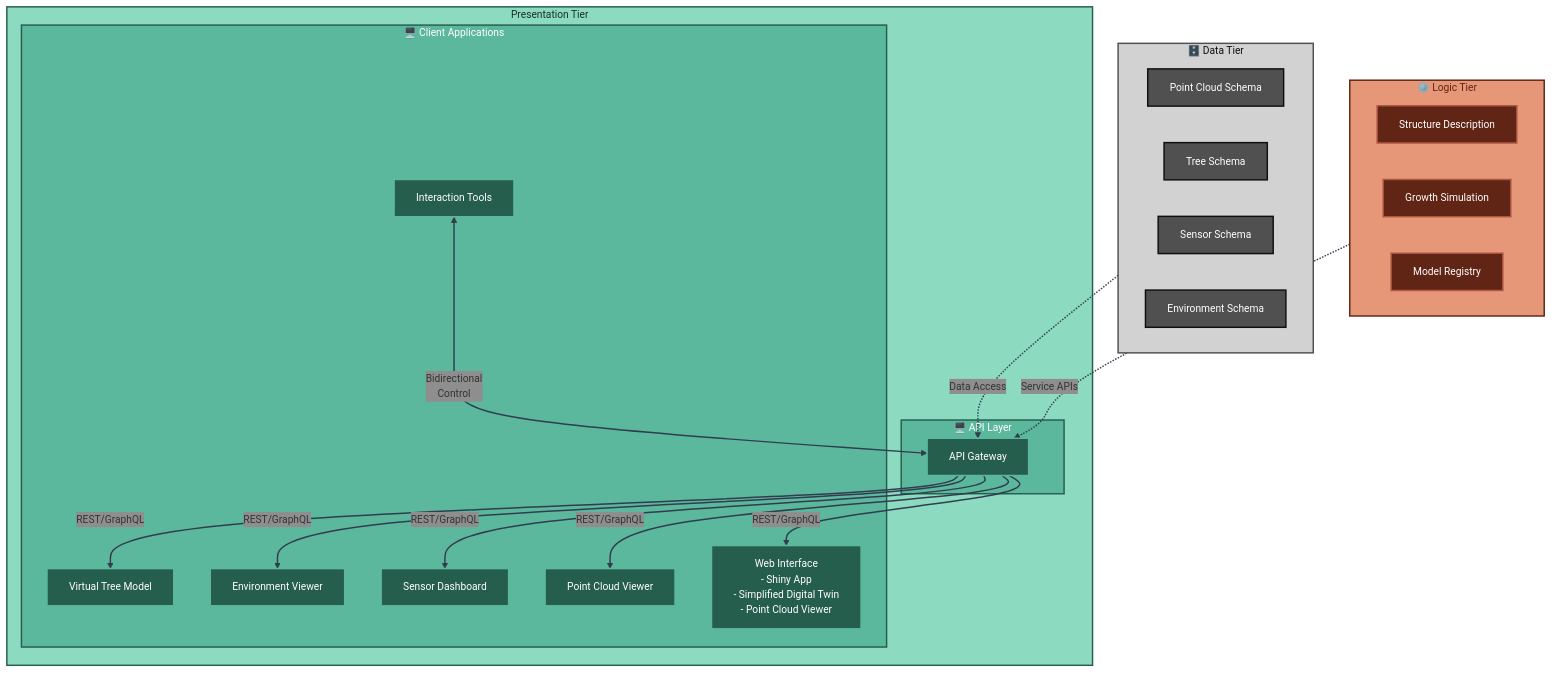
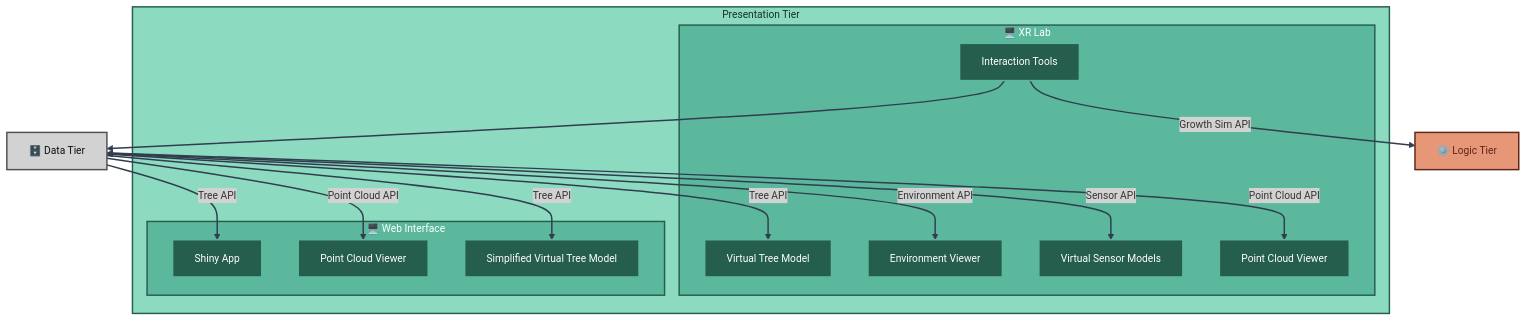
The fourth of 4 diagrams in docs/architecture/architecture.md (XRFutureForests/digital-twin-db), drawn with Mermaid before and after one commit. The commit also changed other lines of this file, not shown here.

Commit message:
simplifies architecture

````diff
--- a/docs/architecture/architecture.md
+++ b/docs/architecture/architecture.md
@@ -350,66 +200,61 @@
 ```mermaid
 %%{
 init: {
 'theme': 'base',
 'themeVariables': {
 'fontSize': '14px',
-'secondaryColor': '#8e8e8e'
+'secondaryColor': '#d2d2d2'
 }
 }
 }%%
-flowchart TB
-subgraph DATA_REF["🗄️ Data Tier"]
-SC1[Point Cloud Schema]
-SC2[Tree Schema]
-SC3[Sensor Schema]
-SC4[Environment Schema]
+flowchart TD
+
+DATA_REF["🗄️ Data Tier"]
+LOGIC_REF["⚙️ Logic Tier"]
+
+subgraph PRESENTATION_TIER["Presentation Tier"]
+
+subgraph XR["🖥️ XR Lab"]
+XR1[Virtual Tree Model]
+XR2[Environment Viewer]
+XR3[Virtual Sensor Models]
+XR4[Point Cloud Viewer]
+I1[Interaction Tools]
 end
 
-subgraph LOGIC_REF["⚙️ Logic Tier"]
-DT1[Structure Description]
-DT2[Growth Simulation]
-MR[Model Registry]
+subgraph WEB["🖥️ Web Interface"]
+W1[Shiny App]
+W2[Point Cloud Viewer]
+W3[Simplified Virtual Tree Model]
 end
 
-subgraph PRESENTATION_TIER["Presentation Tier"]
-subgraph GATEWAY["🖥️ API Layer"]
-APIGW[API Gateway]
 end
 
-subgraph CLIENTS["🖥️ Client Applications"]
-XR1[Virtual Tree Model]
-XR2[Environment Viewer]
-XR3[Sensor Dashboard]
-XR4[Point Cloud Viewer]
-W1[Web Interface<br>  - Shiny App<br>  - Simplified Digital Twin<br>   - Point Cloud Viewer]
-I1[Interaction Tools]
-end
-end
-
-DATA_REF -.->|Data Access| APIGW
-LOGIC_REF -.->|Service APIs| APIGW
-APIGW -->|REST/GraphQL| XR1
-APIGW -->|REST/GraphQL| XR2
-APIGW -->|REST/GraphQL| XR3
-APIGW -->|REST/GraphQL| XR4
-APIGW -->|REST/GraphQL| W1
-I1 <-->|Bidirectional<br/>Control| APIGW
+DATA_REF -->|Tree API| W1
+DATA_REF -->|Point Cloud API| W2
+DATA_REF -->|Tree API| W3
+DATA_REF <-->|Tree API| XR1
+DATA_REF <-->|Environment API| XR2
+DATA_REF <-->|Sensor API| XR3
+DATA_REF <-->|Point Cloud API| XR4
+I1 --> DATA_REF
+I1 -->|Growth Sim API| LOGIC_REF
 
 classDef presentationBack fill:#8cdbc0,stroke:#265e4d,stroke-width:2px,color:#183029
 classDef dataTier fill:#d2d2d2,stroke:#505050,stroke-width:2px,color:#0f0f0f
 classDef logicTier fill:#e59778,stroke:#612515,stroke-width:2px,color:#612515
 classDef presentationTier fill:#5cb89c,stroke:#265e4d,stroke-width:2px,color:#ffffff
 classDef dataNode fill:#505050,stroke:#0f0f0f,stroke-width:2px,color:#ffffff
 classDef logicNode fill:#612515,stroke:#ad5643,stroke-width:2px,color:#ffffff
 classDef presentationNode fill:#265e4d,stroke:#5cb89c,stroke-width:2px,color:#ffffff
 
 class PRESENTATION_TIER presentationBack
 class DATA_REF dataTier
 class SC1,SC2,SC3,SC4 dataNode
 class LOGIC_REF logicTier
 class DT1,DT2,MR logicNode
-class GATEWAY,CLIENTS presentationTier
-class APIGW,XR1,XR2,XR3,XR4,W1,I1 presentationNode
+class WEB,XR presentationTier
+class APIGW,XR1,XR2,XR3,XR4,W1,W2,W3,I1 presentationNode
 
-linkStyle 0,1,2,3,4,5,6,7 stroke:#313d4f,stroke-width:2px
+linkStyle 0,1,2,3,4,5,6,7,8 stroke:#313d4f,stroke-width:2px
 ```
````
